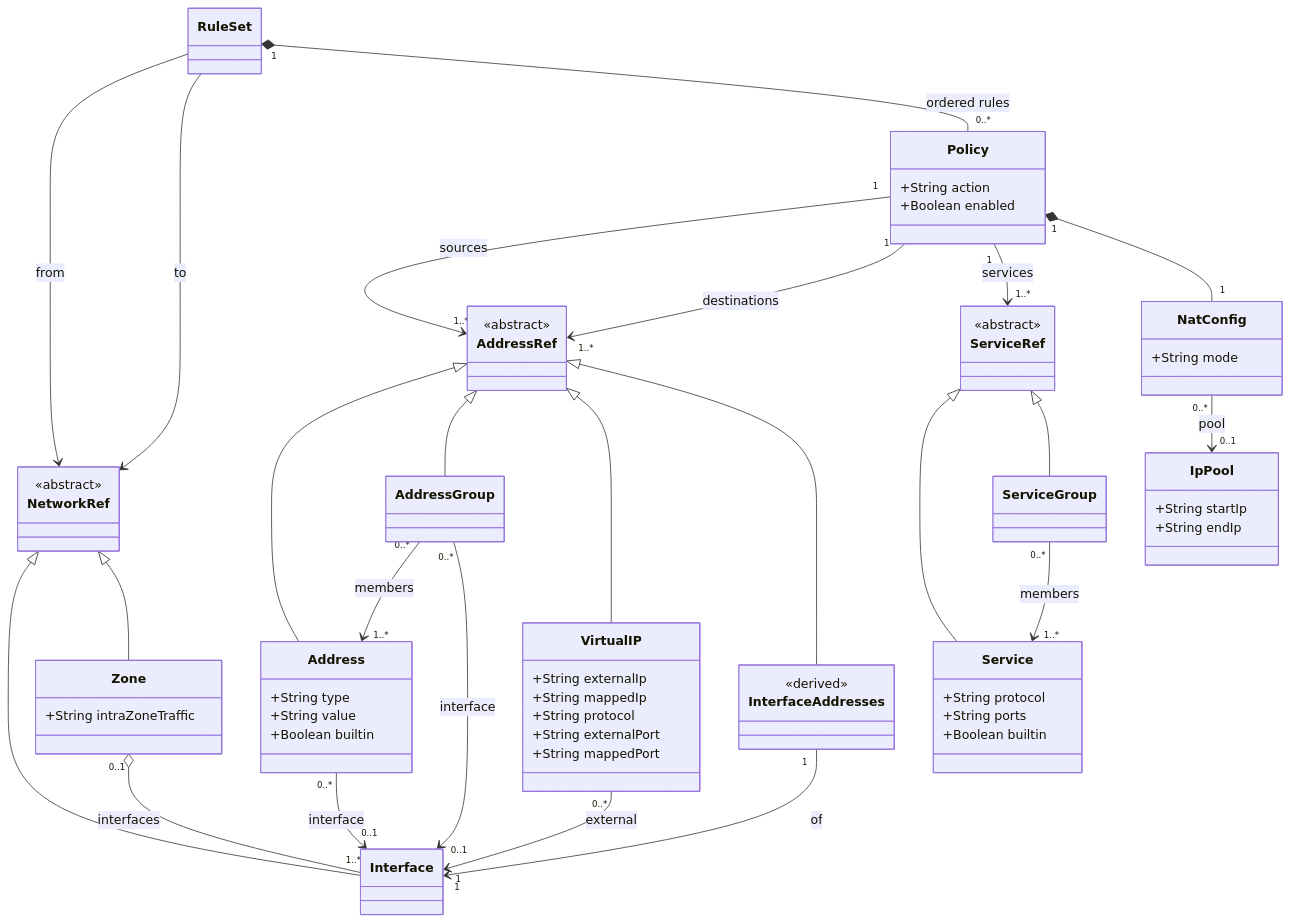
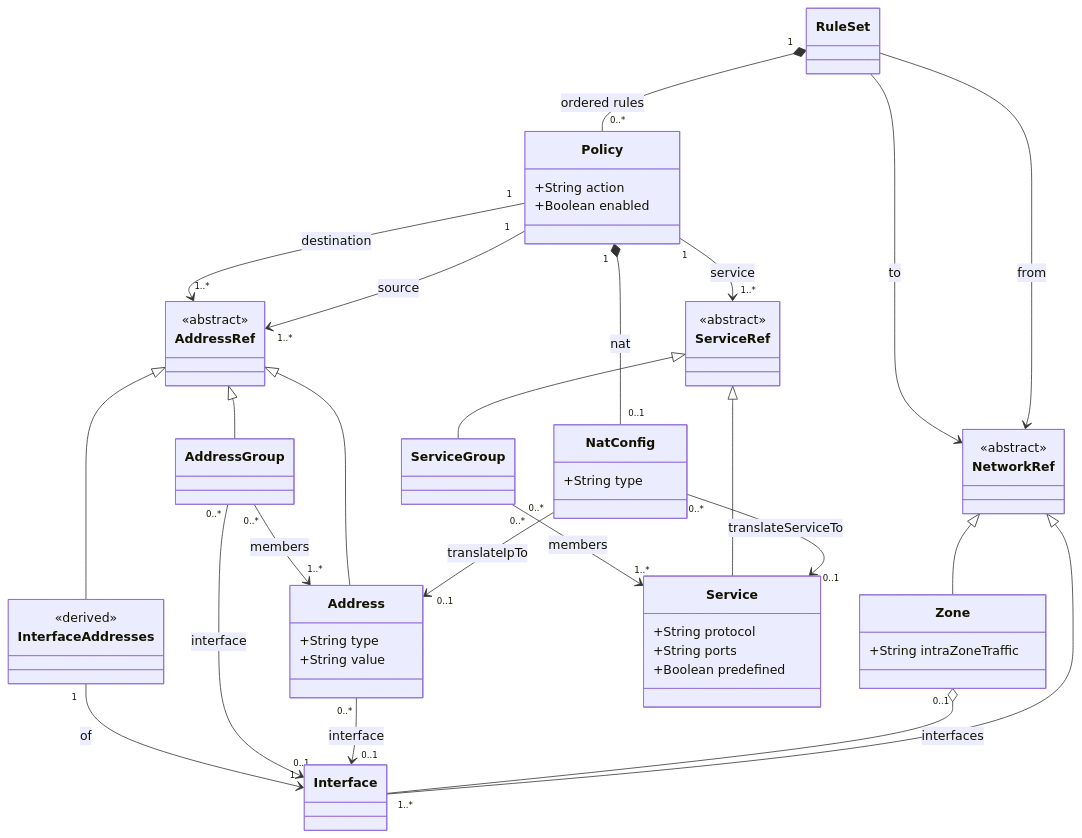
Before and after one commit to agos-jarvis-bot/songbird-fw: the second of 3 diagrams in domain-model.md, drawn with Mermaid. The commit also changed other lines of this file and 6 other files, not shown here.

First line of the commit message:
Align domain model with the YAML schema on colors, NAT and names

````diff
--- a/domain-model.md
+++ b/domain-model.md
@@ -88,76 +96,63 @@
 ```mermaid
 classDiagram
     class NetworkRef {
         <<abstract>>
     }
     class Interface
     class Zone {
         +String intraZoneTraffic
     }
     class RuleSet
     class Policy {
         +String action
         +Boolean enabled
     }
     class NatConfig {
-        +String mode
-    }
-    class IpPool {
-        +String startIp
-        +String endIp
+        +String type
     }
     class AddressRef {
         <<abstract>>
     }
     class Address {
         +String type
         +String value
-        +Boolean builtin
     }
     class AddressGroup
     class InterfaceAddresses {
         <<derived>>
-    }
-    class VirtualIP {
-        +String externalIp
-        +String mappedIp
-        +String protocol
-        +String externalPort
-        +String mappedPort
     }
     class ServiceRef {
         <<abstract>>
     }
     class Service {
         +String protocol
         +String ports
-        +Boolean builtin
+        +Boolean predefined
     }
     class ServiceGroup
 
     NetworkRef <|-- Interface
     NetworkRef <|-- Zone
     Zone "0..1" o-- "1..*" Interface : interfaces
     RuleSet --> NetworkRef : from
     RuleSet --> NetworkRef : to
     RuleSet "1" *-- "0..*" Policy : ordered rules
-    Policy "1" --> "1..*" AddressRef : sources
-    Policy "1" --> "1..*" AddressRef : destinations
-    Policy "1" --> "1..*" ServiceRef : services
-    Policy "1" *-- "1" NatConfig
-    NatConfig "0..*" --> "0..1" IpPool : pool
+    Policy "1" --> "1..*" AddressRef : source
+    Policy "1" --> "1..*" AddressRef : destination
+    Policy "1" --> "1..*" ServiceRef : service
+    Policy "1" *-- "0..1" NatConfig : nat
+    NatConfig "0..*" --> "0..1" Address : translateIpTo
+    NatConfig "0..*" --> "0..1" Service : translateServiceTo
 
     AddressRef <|-- Address
     AddressRef <|-- AddressGroup
-    AddressRef <|-- VirtualIP
     AddressRef <|-- InterfaceAddresses
     ServiceRef <|-- Service
     ServiceRef <|-- ServiceGroup
 
     AddressGroup "0..*" --> "1..*" Address : members
     ServiceGroup "0..*" --> "1..*" Service : members
     Address "0..*" --> "0..1" Interface : interface
     AddressGroup "0..*" --> "0..1" Interface : interface
-    VirtualIP "0..*" --> "1" Interface : external
     InterfaceAddresses "1" --> "1" Interface : of
 ```
````
